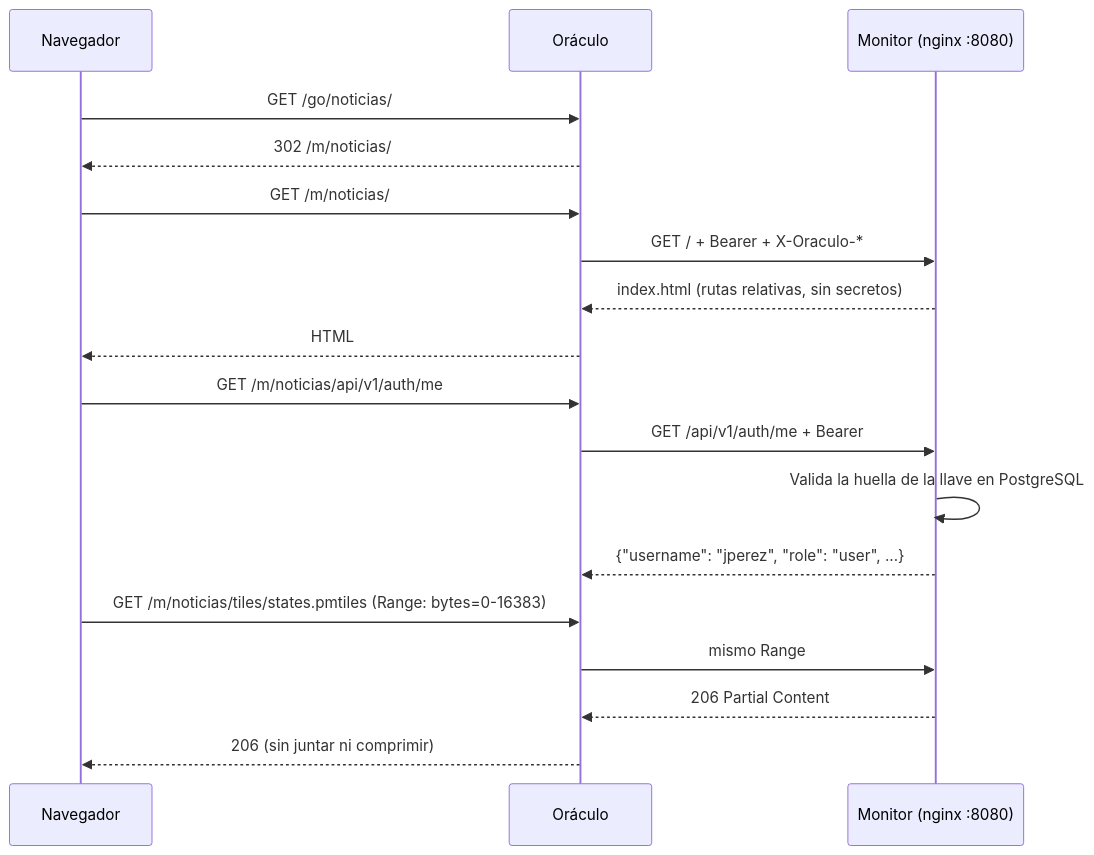
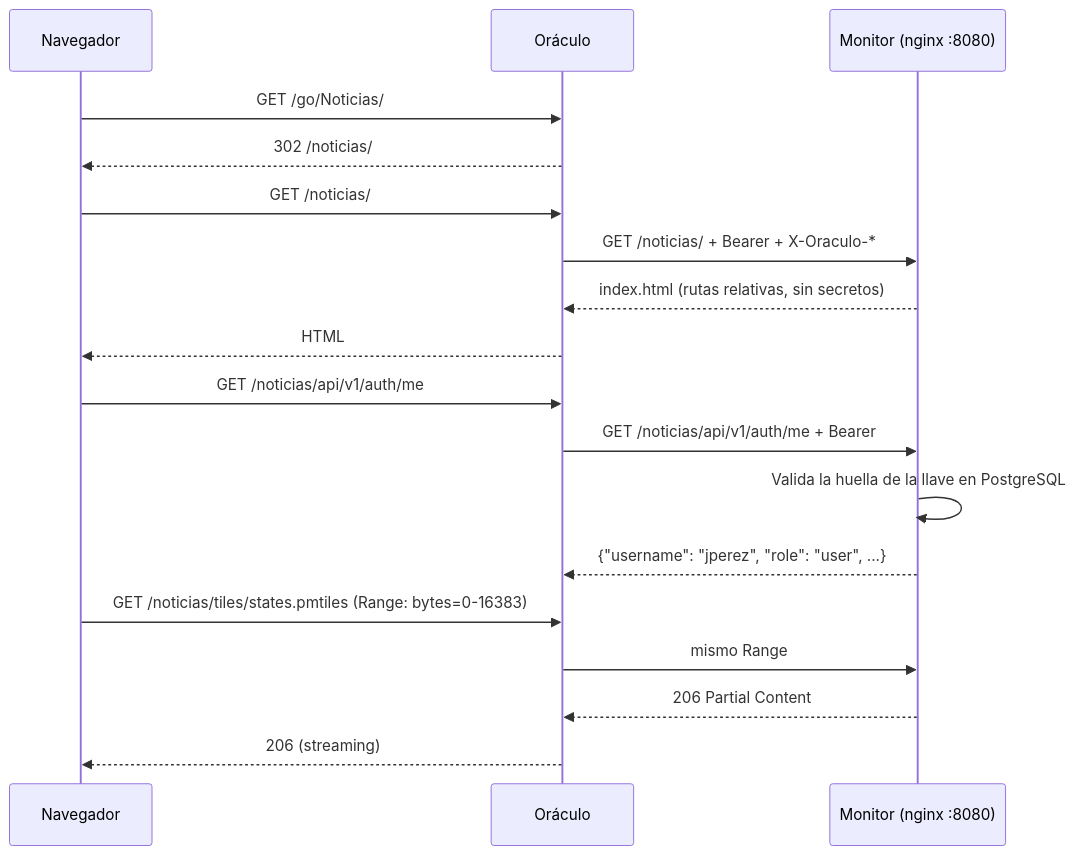
One commit to bbenji444/Oraculo changed the diagram in docs/gateway-oraculo.md. Above: the diagram before and after it, drawn with Mermaid. The commit also changed other lines of this file and 7 other files, not shown here.

````diff
--- a/docs/gateway-oraculo.md
+++ b/docs/gateway-oraculo.md
@@ -61,21 +62,21 @@
 ```mermaid
 sequenceDiagram
   participant U as Navegador
   participant O as Oráculo
   participant N as Monitor (nginx :8080)
 
-  U->>O: GET /go/noticias/
-  O-->>U: 302 /m/noticias/
-  U->>O: GET /m/noticias/
-  O->>N: GET / + Bearer + X-Oraculo-*
+  U->>O: GET /go/Noticias/
+  O-->>U: 302 /noticias/
+  U->>O: GET /noticias/
+  O->>N: GET /noticias/ + Bearer + X-Oraculo-*
   N-->>O: index.html (rutas relativas, sin secretos)
   O-->>U: HTML
-  U->>O: GET /m/noticias/api/v1/auth/me
-  O->>N: GET /api/v1/auth/me + Bearer
+  U->>O: GET /noticias/api/v1/auth/me
+  O->>N: GET /noticias/api/v1/auth/me + Bearer
   N->>N: Valida la huella de la llave en PostgreSQL
   N-->>O: {"username": "jperez", "role": "user", ...}
-  U->>O: GET /m/noticias/tiles/states.pmtiles (Range: bytes=0-16383)
+  U->>O: GET /noticias/tiles/states.pmtiles (Range: bytes=0-16383)
   O->>N: mismo Range
   N-->>O: 206 Partial Content
-  O-->>U: 206 (sin juntar ni comprimir)
+  O-->>U: 206 (streaming)
 ```
````
